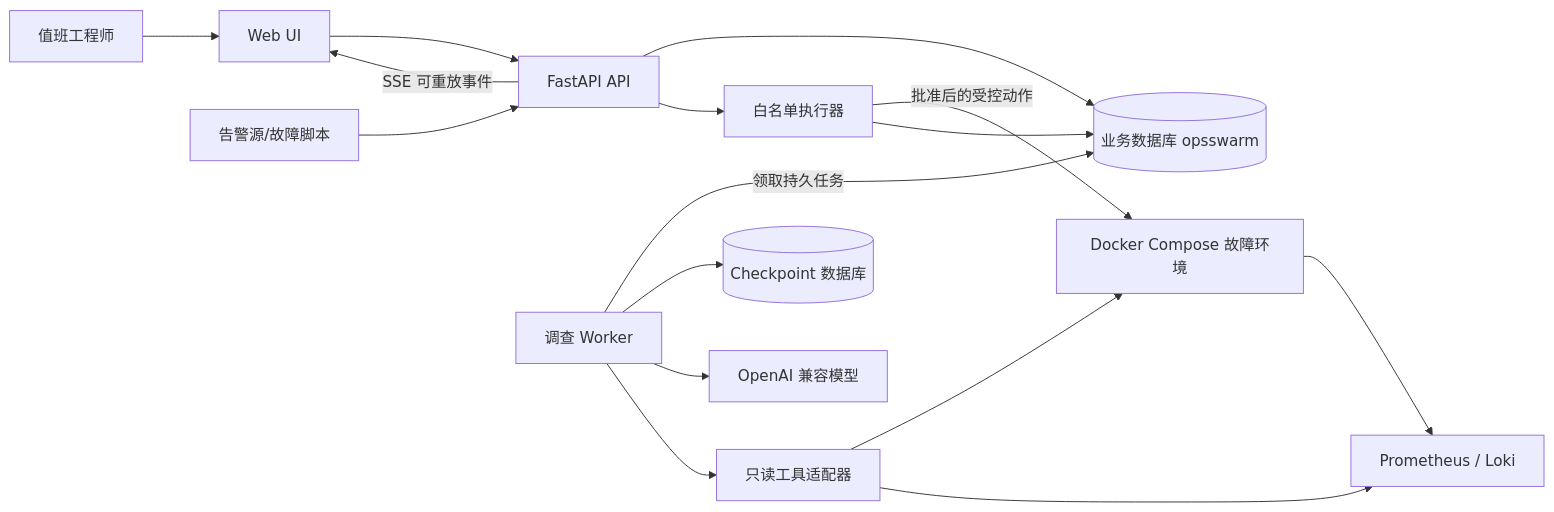
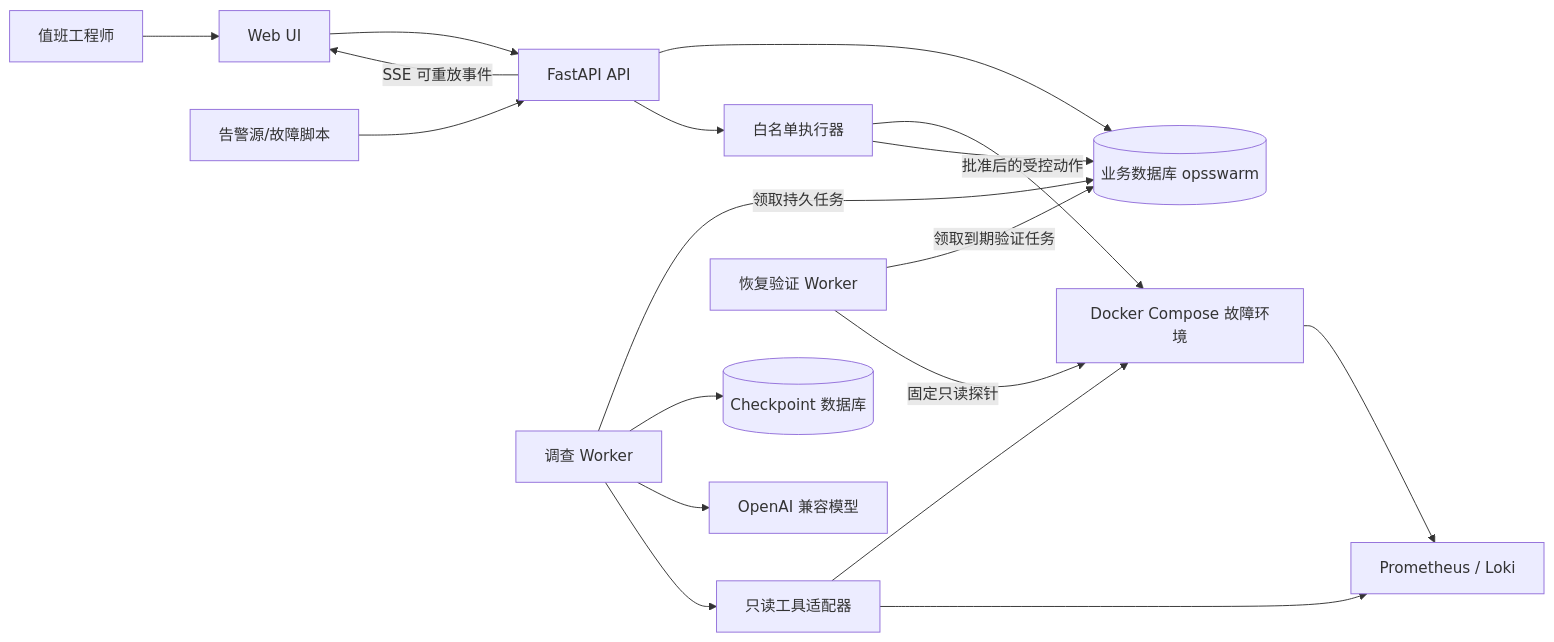
The first of 2 diagrams in docs/architecture/02-system-architecture.md (kill-t/ops-swarm), drawn with Mermaid before and after one commit. The commit also changed other lines of this file and 29 other files, not shown here.

````diff
--- a/docs/architecture/02-system-architecture.md
+++ b/docs/architecture/02-system-architecture.md
@@ -14,21 +14,24 @@
 ```mermaid
 flowchart LR
     operator[值班工程师] --> ui[Web UI]
     alert_source[告警源/故障脚本] --> api[FastAPI API]
     ui --> api
     api --> app_db[(业务数据库 opsswarm)]
     api -->|SSE 可重放事件| ui
 
     worker[调查 Worker] -->|领取持久任务| app_db
     worker --> checkpoint_db[(Checkpoint 数据库)]
     worker --> model[OpenAI 兼容模型]
     worker --> adapters[只读工具适配器]
     adapters --> lab[Docker Compose 故障环境]
 
+    verification_worker[恢复验证 Worker] -->|领取到期验证任务| app_db
+    verification_worker -->|固定只读探针| lab
+
     api --> executor[白名单执行器]
     executor -->|批准后的受控动作| lab
     executor --> app_db
 
     lab --> telemetry[Prometheus / Loki]
     adapters --> telemetry
 ```
````
